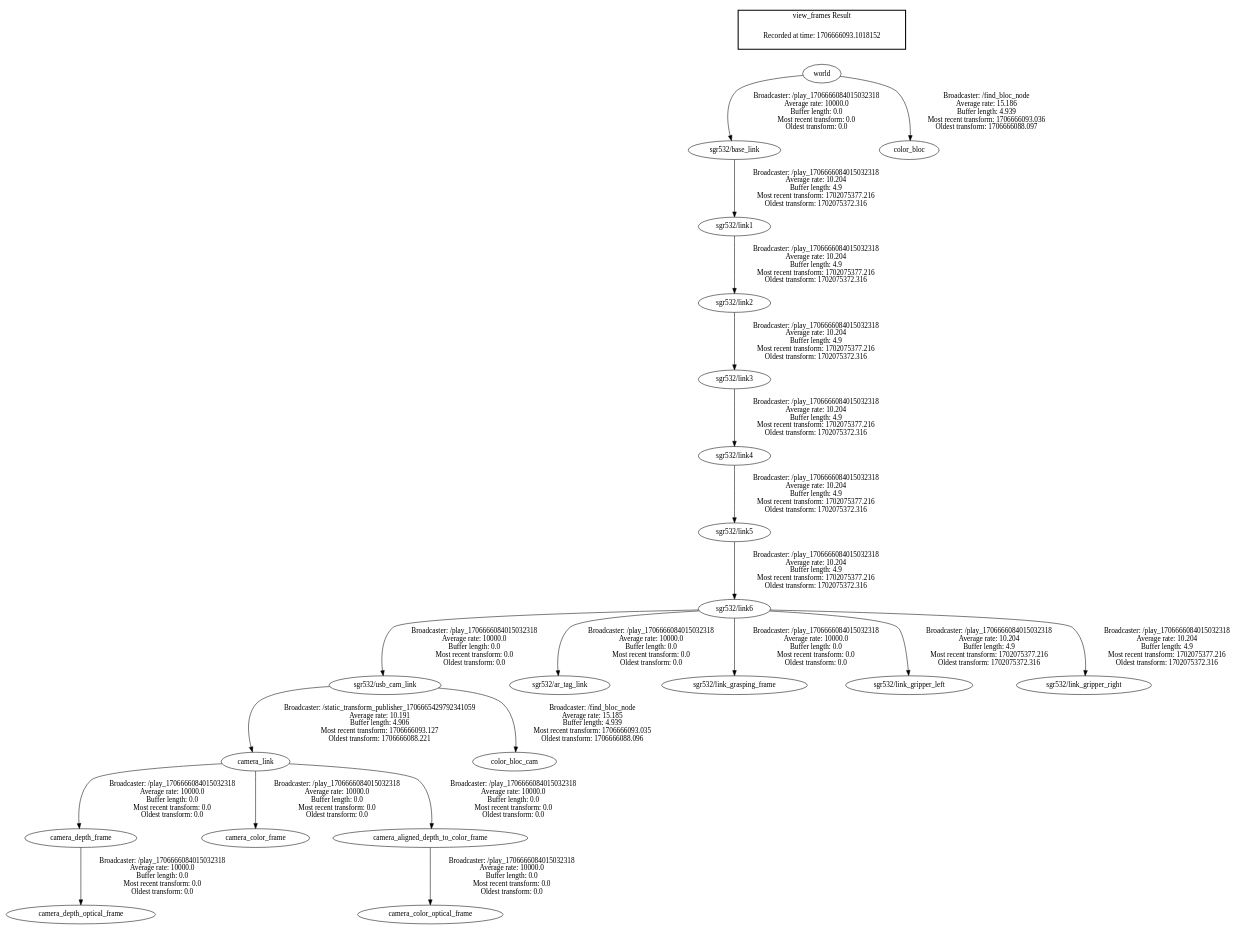
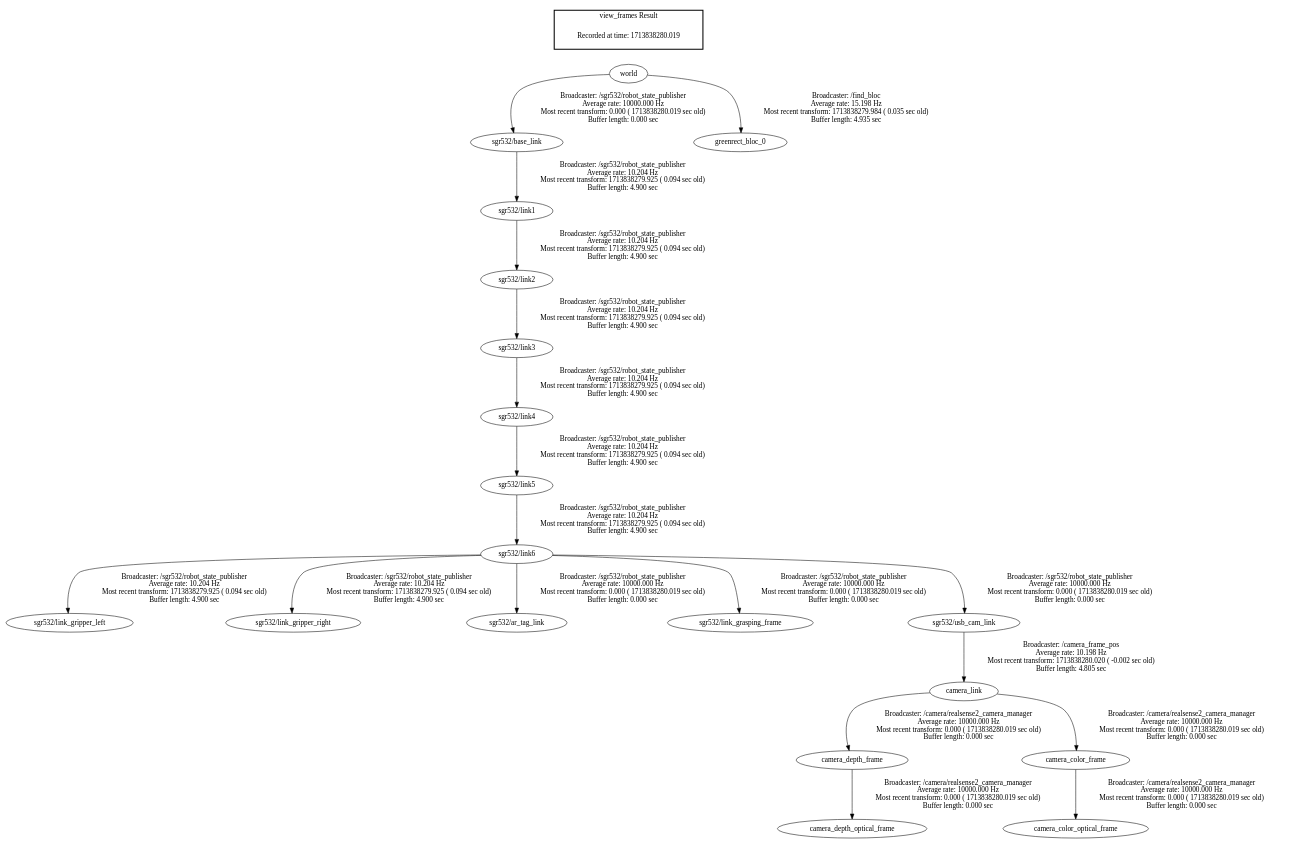
One commit to rdumas01/capstone120 changed the diagram in frames.gv. Above: the diagram before and after it, drawn with Graphviz. The commit also changed 9 other files, not shown here.

```diff
--- a/frames.gv
+++ b/frames.gv
@@ -1,26 +1,24 @@
 digraph G {
-"camera_link" -> "camera_depth_frame"[label=" Broadcaster: /play_1706666084015032318\nAverage rate: 10000.0\nBuffer length: 0.0\nMost recent transform: 0.0\nOldest transform: 0.0\n"];
-"sgr532/usb_cam_link" -> "camera_link"[label=" Broadcaster: /static_transform_publisher_1706665429792341059\nAverage rate: 10.191\nBuffer length: 4.906\nMost recent transform: 1706666093.127\nOldest transform: 1706666088.221\n"];
-"camera_depth_frame" -> "camera_depth_optical_frame"[label=" Broadcaster: /play_1706666084015032318\nAverage rate: 10000.0\nBuffer length: 0.0\nMost recent transform: 0.0\nOldest transform: 0.0\n"];
-"camera_link" -> "camera_color_frame"[label=" Broadcaster: /play_1706666084015032318\nAverage rate: 10000.0\nBuffer length: 0.0\nMost recent transform: 0.0\nOldest transform: 0.0\n"];
-"camera_aligned_depth_to_color_frame" -> "camera_color_optical_frame"[label=" Broadcaster: /play_1706666084015032318\nAverage rate: 10000.0\nBuffer length: 0.0\nMost recent transform: 0.0\nOldest transform: 0.0\n"];
-"camera_link" -> "camera_aligned_depth_to_color_frame"[label=" Broadcaster: /play_1706666084015032318\nAverage rate: 10000.0\nBuffer length: 0.0\nMost recent transform: 0.0\nOldest transform: 0.0\n"];
-"world" -> "sgr532/base_link"[label=" Broadcaster: /play_1706666084015032318\nAverage rate: 10000.0\nBuffer length: 0.0\nMost recent transform: 0.0\nOldest transform: 0.0\n"];
-"sgr532/link6" -> "sgr532/ar_tag_link"[label=" Broadcaster: /play_1706666084015032318\nAverage rate: 10000.0\nBuffer length: 0.0\nMost recent transform: 0.0\nOldest transform: 0.0\n"];
-"sgr532/link5" -> "sgr532/link6"[label=" Broadcaster: /play_1706666084015032318\nAverage rate: 10.204\nBuffer length: 4.9\nMost recent transform: 1702075377.216\nOldest transform: 1702075372.316\n"];
-"sgr532/link6" -> "sgr532/link_grasping_frame"[label=" Broadcaster: /play_1706666084015032318\nAverage rate: 10000.0\nBuffer length: 0.0\nMost recent transform: 0.0\nOldest transform: 0.0\n"];
-"sgr532/link6" -> "sgr532/usb_cam_link"[label=" Broadcaster: /play_1706666084015032318\nAverage rate: 10000.0\nBuffer length: 0.0\nMost recent transform: 0.0\nOldest transform: 0.0\n"];
-"sgr532/usb_cam_link" -> "color_bloc_cam"[label=" Broadcaster: /find_bloc_node\nAverage rate: 15.185\nBuffer length: 4.939\nMost recent transform: 1706666093.035\nOldest transform: 1706666088.096\n"];
-"world" -> "color_bloc"[label=" Broadcaster: /find_bloc_node\nAverage rate: 15.186\nBuffer length: 4.939\nMost recent transform: 1706666093.036\nOldest transform: 1706666088.097\n"];
-"sgr532/base_link" -> "sgr532/link1"[label=" Broadcaster: /play_1706666084015032318\nAverage rate: 10.204\nBuffer length: 4.9\nMost recent transform: 1702075377.216\nOldest transform: 1702075372.316\n"];
-"sgr532/link1" -> "sgr532/link2"[label=" Broadcaster: /play_1706666084015032318\nAverage rate: 10.204\nBuffer length: 4.9\nMost recent transform: 1702075377.216\nOldest transform: 1702075372.316\n"];
-"sgr532/link2" -> "sgr532/link3"[label=" Broadcaster: /play_1706666084015032318\nAverage rate: 10.204\nBuffer length: 4.9\nMost recent transform: 1702075377.216\nOldest transform: 1702075372.316\n"];
-"sgr532/link3" -> "sgr532/link4"[label=" Broadcaster: /play_1706666084015032318\nAverage rate: 10.204\nBuffer length: 4.9\nMost recent transform: 1702075377.216\nOldest transform: 1702075372.316\n"];
-"sgr532/link4" -> "sgr532/link5"[label=" Broadcaster: /play_1706666084015032318\nAverage rate: 10.204\nBuffer length: 4.9\nMost recent transform: 1702075377.216\nOldest transform: 1702075372.316\n"];
-"sgr532/link6" -> "sgr532/link_gripper_left"[label=" Broadcaster: /play_1706666084015032318\nAverage rate: 10.204\nBuffer length: 4.9\nMost recent transform: 1702075377.216\nOldest transform: 1702075372.316\n"];
-"sgr532/link6" -> "sgr532/link_gripper_right"[label=" Broadcaster: /play_1706666084015032318\nAverage rate: 10.204\nBuffer length: 4.9\nMost recent transform: 1702075377.216\nOldest transform: 1702075372.316\n"];
+"sgr532/base_link" -> "sgr532/link1"[label="Broadcaster: /sgr532/robot_state_publisher\nAverage rate: 10.204 Hz\nMost recent transform: 1713838279.925 ( 0.094 sec old)\nBuffer length: 4.900 sec\n"];
+"world" -> "sgr532/base_link"[label="Broadcaster: /sgr532/robot_state_publisher\nAverage rate: 10000.000 Hz\nMost recent transform: 0.000 ( 1713838280.019 sec old)\nBuffer length: 0.000 sec\n"];
+"sgr532/link1" -> "sgr532/link2"[label="Broadcaster: /sgr532/robot_state_publisher\nAverage rate: 10.204 Hz\nMost recent transform: 1713838279.925 ( 0.094 sec old)\nBuffer length: 4.900 sec\n"];
+"sgr532/link2" -> "sgr532/link3"[label="Broadcaster: /sgr532/robot_state_publisher\nAverage rate: 10.204 Hz\nMost recent transform: 1713838279.925 ( 0.094 sec old)\nBuffer length: 4.900 sec\n"];
+"sgr532/link3" -> "sgr532/link4"[label="Broadcaster: /sgr532/robot_state_publisher\nAverage rate: 10.204 Hz\nMost recent transform: 1713838279.925 ( 0.094 sec old)\nBuffer length: 4.900 sec\n"];
+"sgr532/link4" -> "sgr532/link5"[label="Broadcaster: /sgr532/robot_state_publisher\nAverage rate: 10.204 Hz\nMost recent transform: 1713838279.925 ( 0.094 sec old)\nBuffer length: 4.900 sec\n"];
+"sgr532/link5" -> "sgr532/link6"[label="Broadcaster: /sgr532/robot_state_publisher\nAverage rate: 10.204 Hz\nMost recent transform: 1713838279.925 ( 0.094 sec old)\nBuffer length: 4.900 sec\n"];
+"sgr532/link6" -> "sgr532/link_gripper_left"[label="Broadcaster: /sgr532/robot_state_publisher\nAverage rate: 10.204 Hz\nMost recent transform: 1713838279.925 ( 0.094 sec old)\nBuffer length: 4.900 sec\n"];
+"sgr532/link6" -> "sgr532/link_gripper_right"[label="Broadcaster: /sgr532/robot_state_publisher\nAverage rate: 10.204 Hz\nMost recent transform: 1713838279.925 ( 0.094 sec old)\nBuffer length: 4.900 sec\n"];
+"sgr532/link6" -> "sgr532/ar_tag_link"[label="Broadcaster: /sgr532/robot_state_publisher\nAverage rate: 10000.000 Hz\nMost recent transform: 0.000 ( 1713838280.019 sec old)\nBuffer length: 0.000 sec\n"];
+"sgr532/link6" -> "sgr532/link_grasping_frame"[label="Broadcaster: /sgr532/robot_state_publisher\nAverage rate: 10000.000 Hz\nMost recent transform: 0.000 ( 1713838280.019 sec old)\nBuffer length: 0.000 sec\n"];
+"sgr532/link6" -> "sgr532/usb_cam_link"[label="Broadcaster: /sgr532/robot_state_publisher\nAverage rate: 10000.000 Hz\nMost recent transform: 0.000 ( 1713838280.019 sec old)\nBuffer length: 0.000 sec\n"];
+"camera_link" -> "camera_depth_frame"[label="Broadcaster: /camera/realsense2_camera_manager\nAverage rate: 10000.000 Hz\nMost recent transform: 0.000 ( 1713838280.019 sec old)\nBuffer length: 0.000 sec\n"];
+"sgr532/usb_cam_link" -> "camera_link"[label="Broadcaster: /camera_frame_pos\nAverage rate: 10.198 Hz\nMost recent transform: 1713838280.020 ( -0.002 sec old)\nBuffer length: 4.805 sec\n"];
+"camera_depth_frame" -> "camera_depth_optical_frame"[label="Broadcaster: /camera/realsense2_camera_manager\nAverage rate: 10000.000 Hz\nMost recent transform: 0.000 ( 1713838280.019 sec old)\nBuffer length: 0.000 sec\n"];
+"camera_link" -> "camera_color_frame"[label="Broadcaster: /camera/realsense2_camera_manager\nAverage rate: 10000.000 Hz\nMost recent transform: 0.000 ( 1713838280.019 sec old)\nBuffer length: 0.000 sec\n"];
+"camera_color_frame" -> "camera_color_optical_frame"[label="Broadcaster: /camera/realsense2_camera_manager\nAverage rate: 10000.000 Hz\nMost recent transform: 0.000 ( 1713838280.019 sec old)\nBuffer length: 0.000 sec\n"];
+"world" -> "greenrect_bloc_0"[label="Broadcaster: /find_bloc\nAverage rate: 15.198 Hz\nMost recent transform: 1713838279.984 ( 0.035 sec old)\nBuffer length: 4.935 sec\n"];
 edge [style=invis];
  subgraph cluster_legend { style=bold; color=black; label ="view_frames Result";
-"Recorded at time: 1706666093.1018152"[ shape=plaintext ] ;
-}->"world";
+"Recorded at time: 1713838280.019"[ shape=plaintext ] ;
+ }->"world";
 }
```
